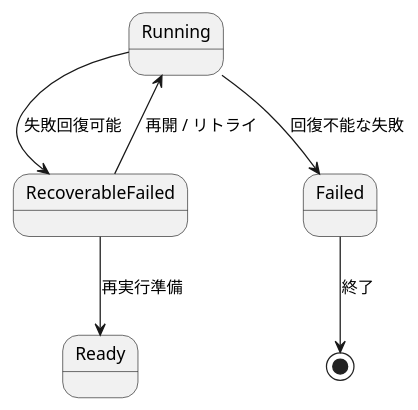
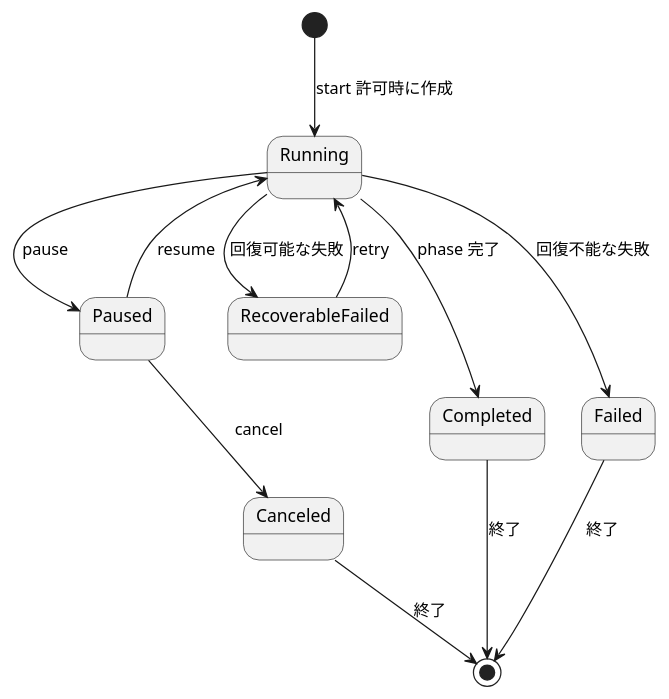
The third of 3 diagrams in docs/spec.md (ishibata91/AITranslationEngineJP), drawn with PlantUML before and after one commit. The commit also changed other lines of this file and 84 other files, not shown here.

````diff
--- a/docs/spec.md
+++ b/docs/spec.md
@@ -173,13 +176,19 @@
 ```plantuml
 @startuml
 
 top to bottom direction
 
-Running --> RecoverableFailed : 失敗回復可能
-RecoverableFailed --> Running : 再開 / リトライ
-RecoverableFailed --> Ready : 再実行準備
+[*] --> Running : start 許可時に作成
+Running --> Paused : pause
+Paused --> Running : resume
+Running --> RecoverableFailed : 回復可能な失敗
+RecoverableFailed --> Running : retry
+Running --> Completed : phase 完了
 Running --> Failed : 回復不能な失敗
+Paused --> Canceled : cancel
+Completed --> [*] : 終了
 Failed --> [*] : 終了
+Canceled --> [*] : 終了
 
 @enduml
 ```
````
